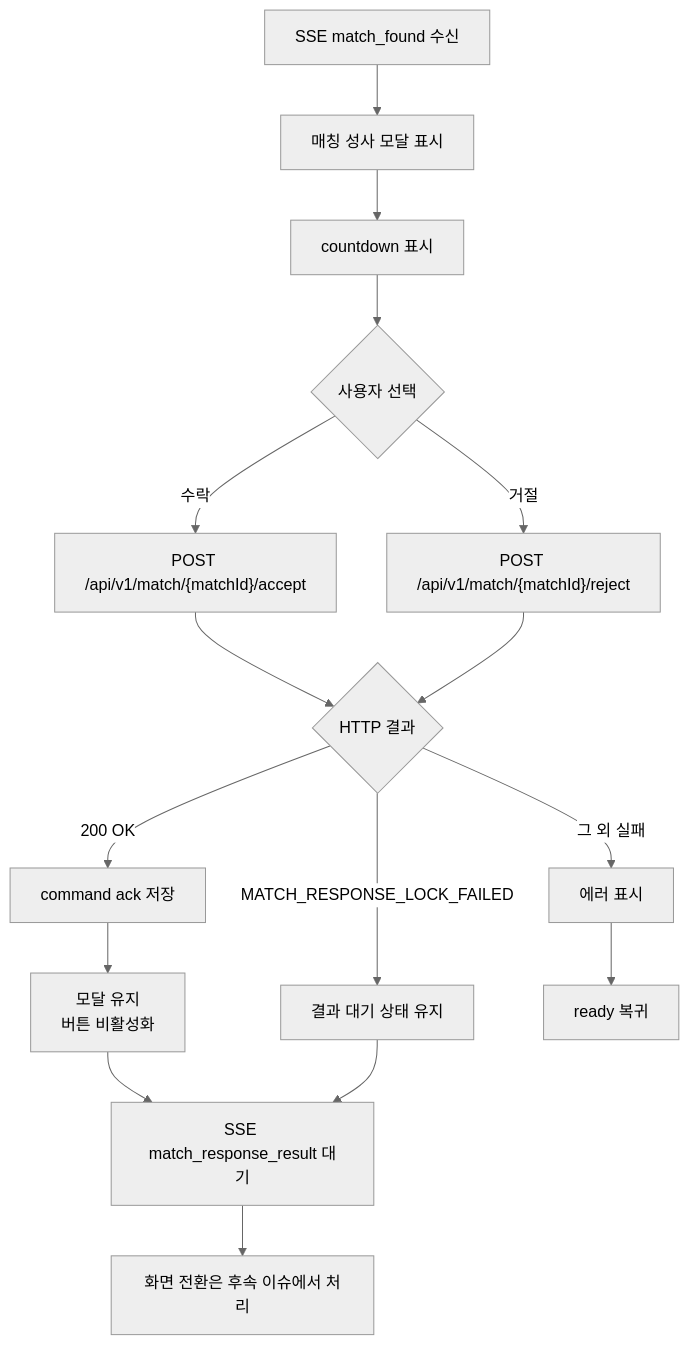
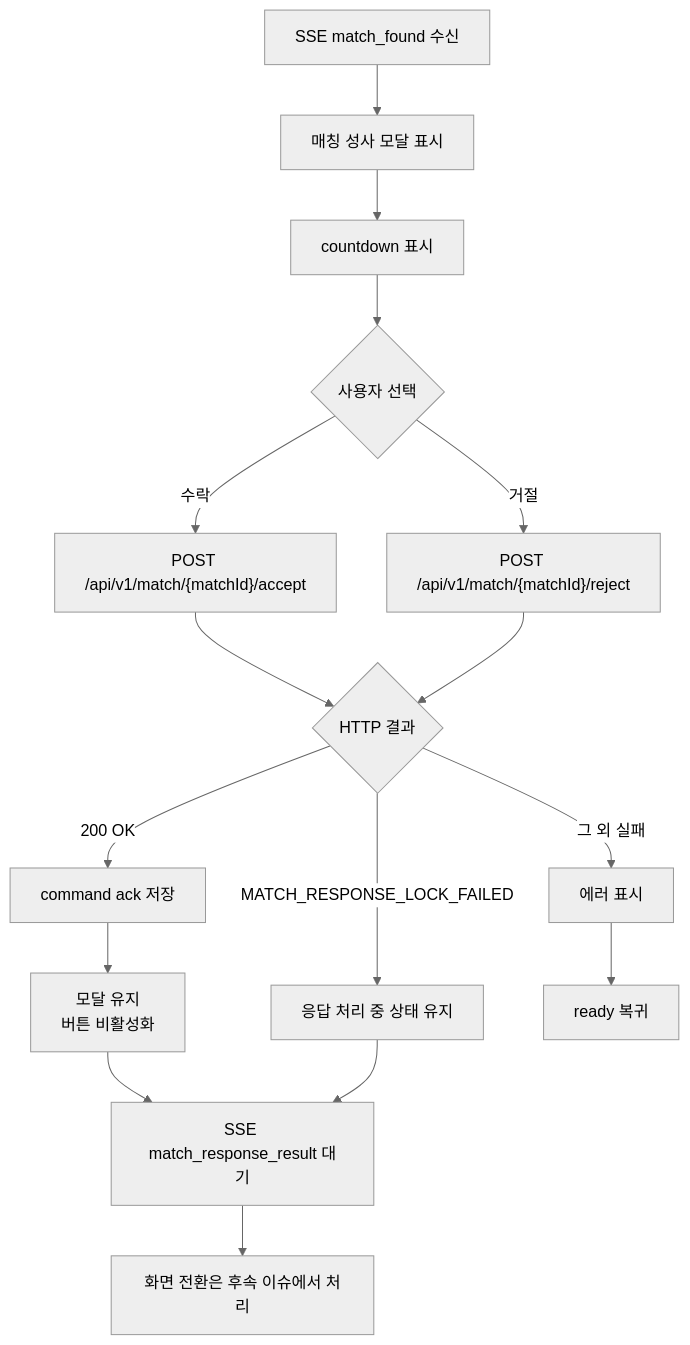
One commit to moonwhistle/League-of-Star changed the first of 2 diagrams in docs/antigravity/frontend/issue-82-match-accept-reject-command.md. Above: the diagram before and after it, drawn with Mermaid (neutral theme). The commit also changed other lines of this file and 3 other files, not shown here.

````diff
--- a/docs/antigravity/frontend/issue-82-match-accept-reject-command.md
+++ b/docs/antigravity/frontend/issue-82-match-accept-reject-command.md
@@ -11,18 +11,18 @@
 ```mermaid
 flowchart TD
     A["SSE match_found 수신"] --> B["매칭 성사 모달 표시"]
     B --> C["countdown 표시"]
     C --> D{"사용자 선택"}
     D -->|수락| E["POST /api/v1/match/{matchId}/accept"]
     D -->|거절| F["POST /api/v1/match/{matchId}/reject"]
     E --> G{"HTTP 결과"}
     F --> G
     G -->|200 OK| H["command ack 저장"]
     H --> I["모달 유지<br/>버튼 비활성화"]
     I --> J["SSE match_response_result 대기"]
-    G -->|MATCH_RESPONSE_LOCK_FAILED| K["결과 대기 상태 유지"]
+    G -->|MATCH_RESPONSE_LOCK_FAILED| K["응답 처리 중 상태 유지"]
     K --> J
     G -->|그 외 실패| L["에러 표시"]
     L --> M["ready 복귀"]
     J --> N["화면 전환은 후속 이슈에서 처리"]
 ```
````
